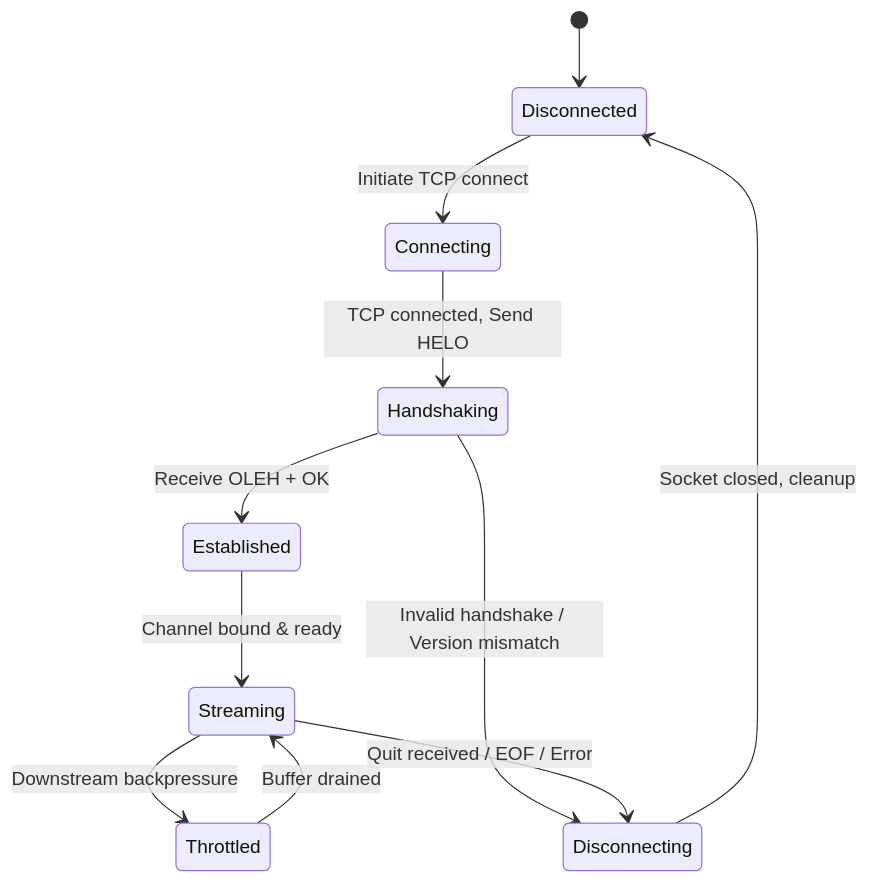
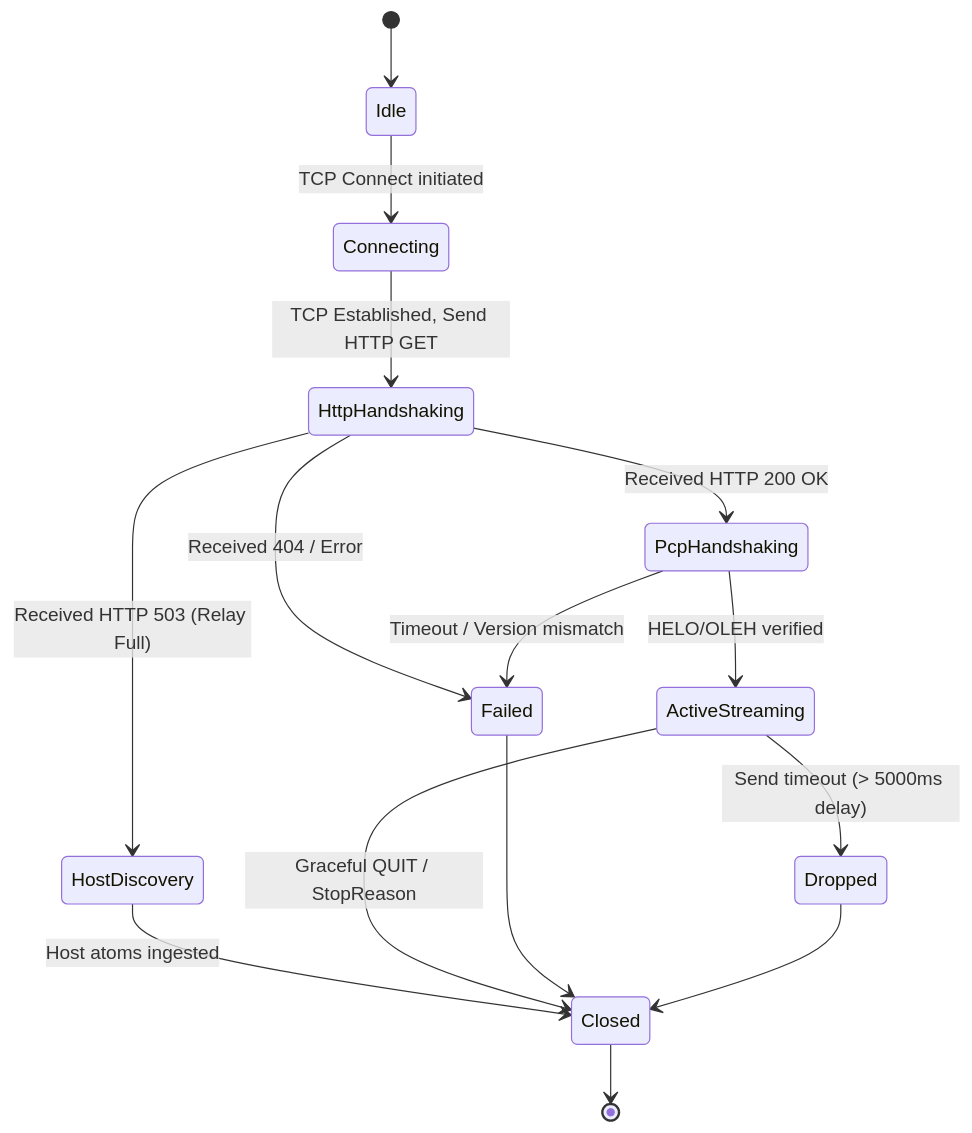
Before and after one commit to 4getkun/PeerCastStation_Rust: the second of 2 diagrams in docs/SPECIFICATION.md, drawn with Mermaid. The commit also changed other lines of this file and 1 other file, not shown here.

````diff
--- a/docs/SPECIFICATION.md
+++ b/docs/SPECIFICATION.md
@@ -173,13 +196,17 @@
 ```mermaid
 stateDiagram-v2
-    [*] --> Disconnected
-    Disconnected --> Connecting: Initiate TCP connect
-    Connecting --> Handshaking: TCP connected, Send HELO
-    Handshaking --> Established: Receive OLEH + OK
-    Handshaking --> Disconnecting: Invalid handshake / Version mismatch
-    Established --> Streaming: Channel bound & ready
-    Streaming --> Throttled: Downstream backpressure
-    Throttled --> Streaming: Buffer drained
-    Streaming --> Disconnecting: Quit received / EOF / Error
-    Disconnecting --> Disconnected: Socket closed, cleanup
+    [*] --> Idle
+    Idle --> Connecting: TCP Connect initiated
+    Connecting --> HttpHandshaking: TCP Established, Send HTTP GET
+    HttpHandshaking --> PcpHandshaking: Received HTTP 200 OK
+    HttpHandshaking --> HostDiscovery: Received HTTP 503 (Relay Full)
+    HttpHandshaking --> Failed: Received 404 / Error
+    PcpHandshaking --> ActiveStreaming: HELO/OLEH verified
+    PcpHandshaking --> Failed: Timeout / Version mismatch
+    HostDiscovery --> Closed: Host atoms ingested
+    ActiveStreaming --> Closed: Graceful QUIT / StopReason
+    ActiveStreaming --> Dropped: Send timeout (> 5000ms delay)
+    Failed --> Closed
+    Dropped --> Closed
+    Closed --> [*]
 ```
````
